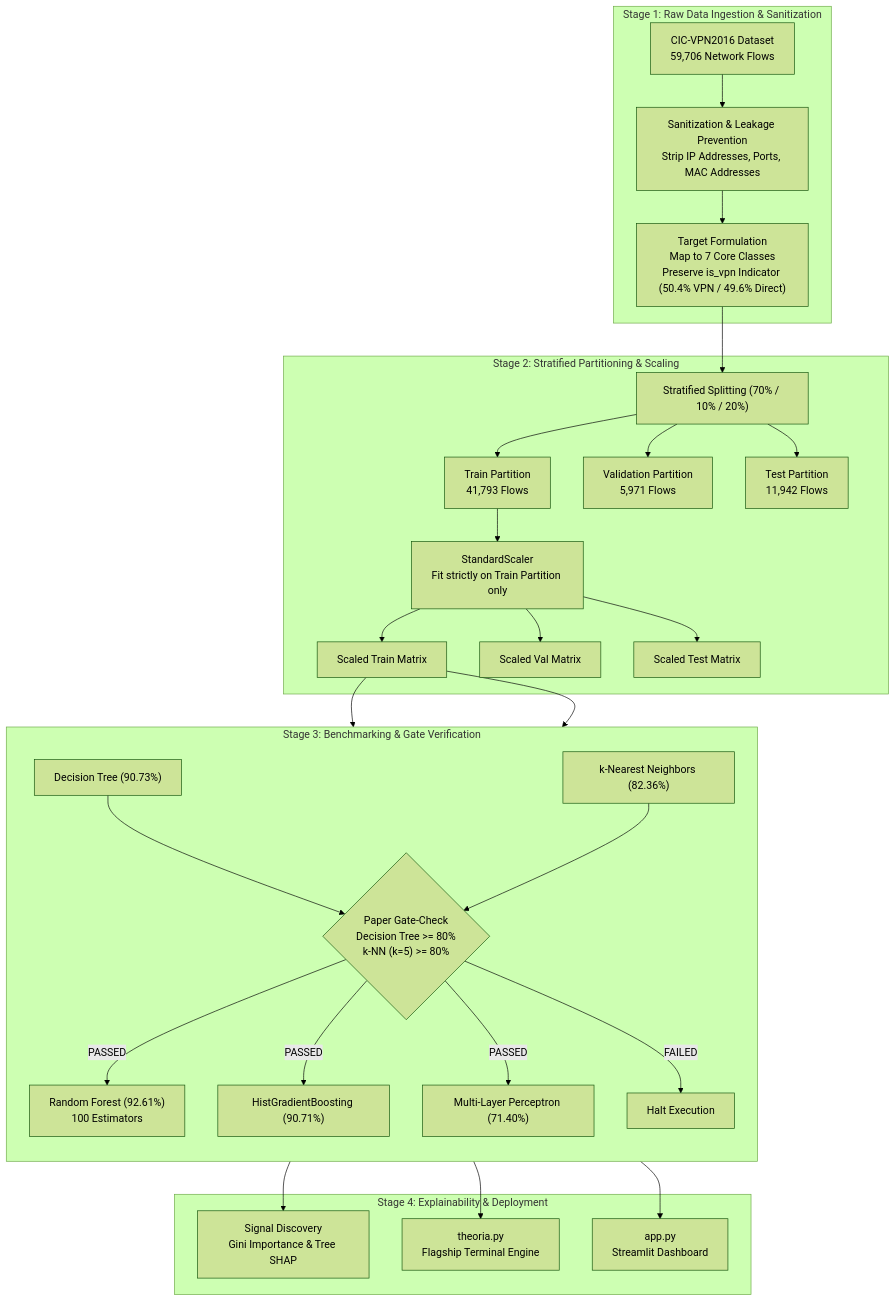
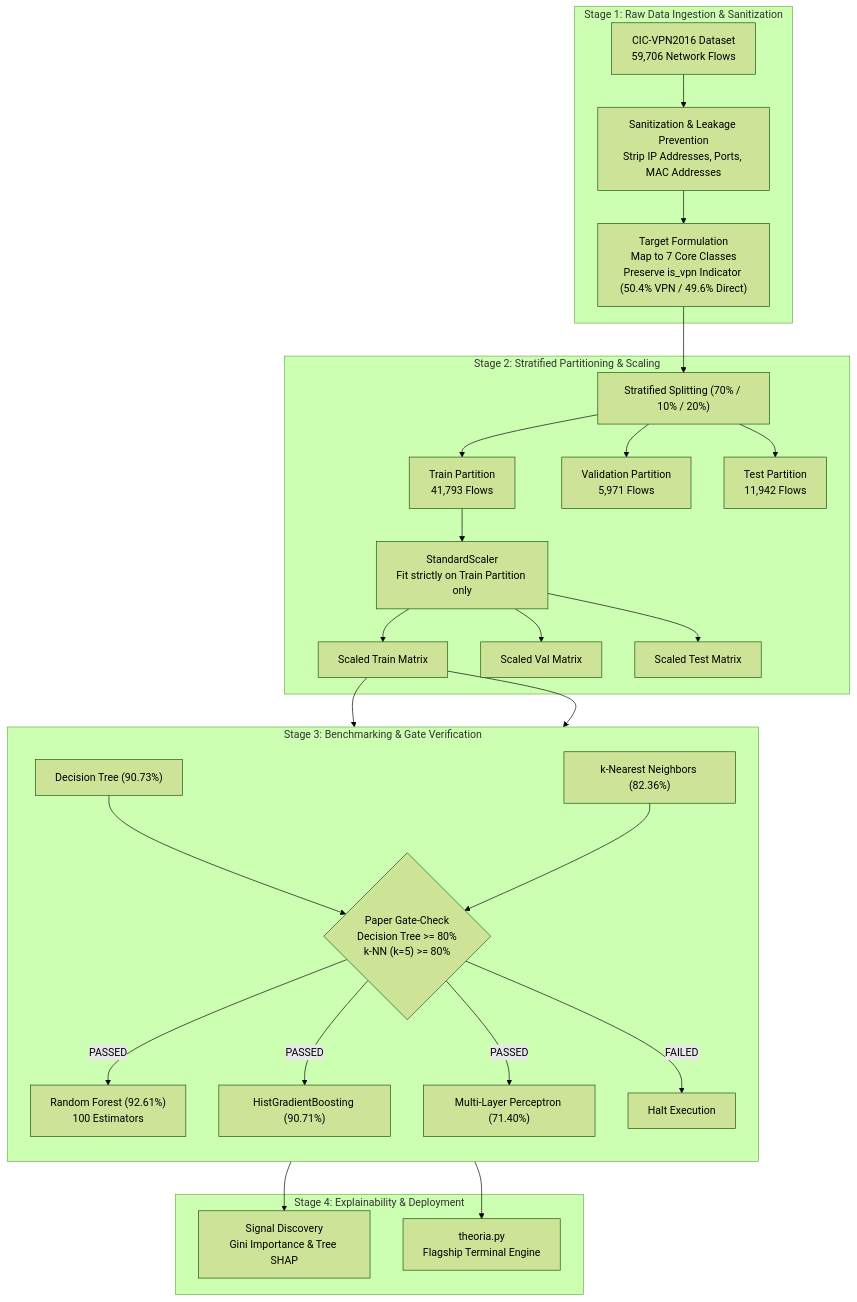
The second of 6 diagrams in README.md (OjasSingh1o1/Theoria), drawn with Mermaid (forest theme) before and after one commit. The commit also changed other lines of this file and 7 other files, not shown here.

````diff
--- a/README.md
+++ b/README.md
@@ -56,48 +56,47 @@
 ```mermaid
 flowchart TD
     subgraph Stage_1["Stage 1: Raw Data Ingestion & Sanitization"]
         Raw["CIC-VPN2016 Dataset\n59,706 Network Flows"]
         Sanitize["Sanitization & Leakage Prevention\nStrip IP Addresses, Ports, MAC Addresses"]
         Target_Form["Target Formulation\nMap to 7 Core Classes\nPreserve is_vpn Indicator (50.4% VPN / 49.6% Direct)"]
         Raw --> Sanitize --> Target_Form
     end
 
     subgraph Stage_2["Stage 2: Stratified Partitioning & Scaling"]
         Split["Stratified Splitting (70% / 10% / 20%)"]
         Train_Set["Train Partition\n41,793 Flows"]
         Val_Set["Validation Partition\n5,971 Flows"]
         Test_Set["Test Partition\n11,942 Flows"]
         Scaler["StandardScaler\nFit strictly on Train Partition only"]
 
         Target_Form --> Split
         Split --> Train_Set & Val_Set & Test_Set
         Train_Set --> Scaler
         Scaler --> Scaled_Train["Scaled Train Matrix"]
         Scaler --> Scaled_Val["Scaled Val Matrix"]
         Scaler --> Scaled_Test["Scaled Test Matrix"]
     end
 
     subgraph Stage_3["Stage 3: Benchmarking & Gate Verification"]
         direction TB
         Gate_Check{"Paper Gate-Check\nDecision Tree >= 80%\nk-NN (k=5) >= 80%"}
         DT["Decision Tree (90.73%)"]
         KNN["k-Nearest Neighbors (82.36%)"]
         RF["Random Forest (92.61%)\n100 Estimators"]
         HGB["HistGradientBoosting (90.71%)"]
         MLP["Multi-Layer Perceptron (71.40%)"]
 
         Scaled_Train --> DT & KNN
         DT & KNN --> Gate_Check
         Gate_Check -- "PASSED" --> RF & HGB & MLP
         Gate_Check -- "FAILED" --> Halt["Halt Execution"]
     end
 
     subgraph Stage_4["Stage 4: Explainability & Deployment"]
         Explain["Signal Discovery\nGini Importance & Tree SHAP"]
         CLI["theoria.py\nFlagship Terminal Engine"]
-        Web["app.py\nStreamlit Dashboard"]
 
         RF --> Explain
-        RF --> CLI & Web
+        RF --> CLI
     end
 ```
````
